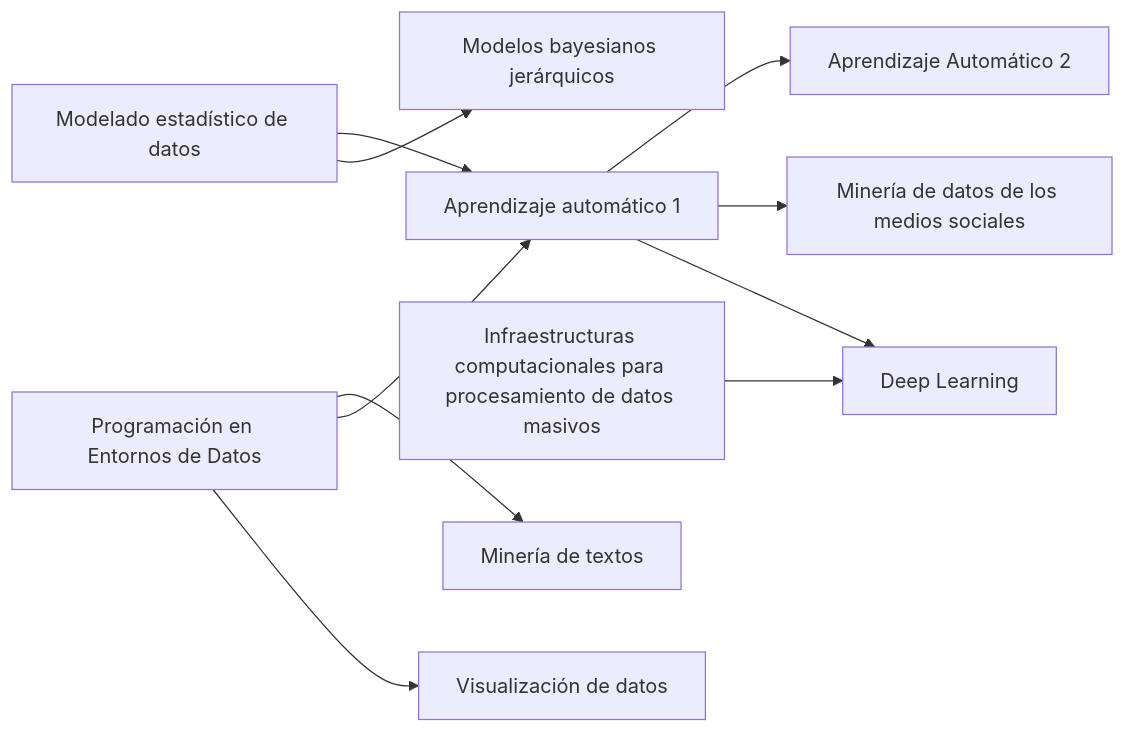
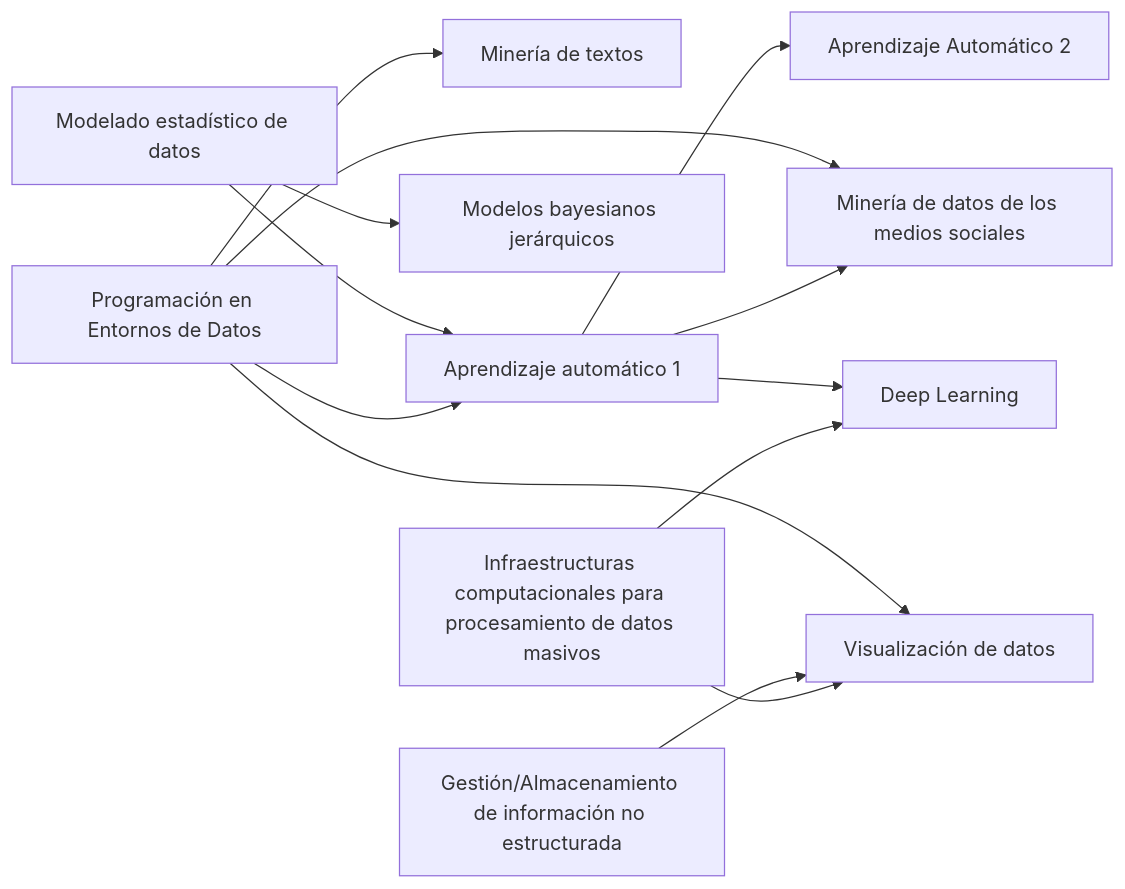
The diagram in master/README.md (pmgallardo/apuntes-muicd-uned), drawn with Mermaid before and after one commit. The commit also changed other lines of this file, not shown here.

Commit message:
Dependencias asignaturas

````diff
--- a/master/README.md
+++ b/master/README.md
@@ -47,12 +47,15 @@
 ```mermaid
 graph LR
-   31110018[Modelado estadístico de datos] --> 31110037[Aprendizaje automático 1]
-   31110018 --> 31110094[Modelos bayesianos jerárquicos]
-   31110022[Programación en Entornos de Datos] --> 31110041[Minería de textos]
-   31110022 --> 31110037
-   31110022 --> 31110060[Visualización de datos]
-   31110037 --> 31110130[Aprendizaje Automático 2]
-   31110037 --> 31110107[Minería de datos de los medios sociales]
-   31110037 --> 31110111[Deep Learning]
-   31110056[Infraestructuras computacionales para procesamiento de datos masivos] --> 31110111
+   MED[Modelado estadístico de datos] --> AAI[Aprendizaje automático 1]
+   MED --> MBJ[Modelos bayesianos jerárquicos]
+   PED[Programación en Entornos de Datos] --> 31110041[Minería de textos]
+   PED --> AAI
+   PED --> VD[Visualización de datos]
+   PED --> MDMS[Minería de datos de los medios sociales]
+   GAINE[Gestión/Almacenamiento de información no estructurada] --> VD
+   ICPDM[Infraestructuras computacionales para procesamiento de datos masivos] --> VD
+   AAI --> AAII[Aprendizaje Automático 2]
+   AAI --> MDMS
+   AAI --> DL[Deep Learning]
+   ICPDM --> DL
 ```
````
